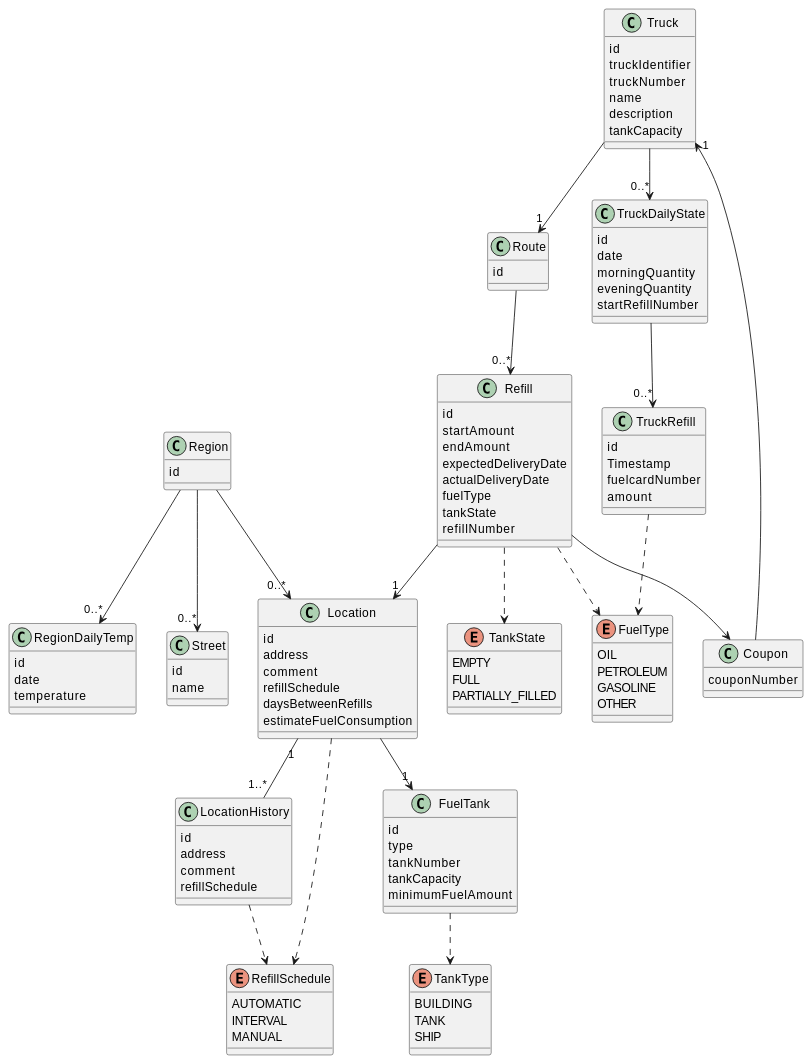
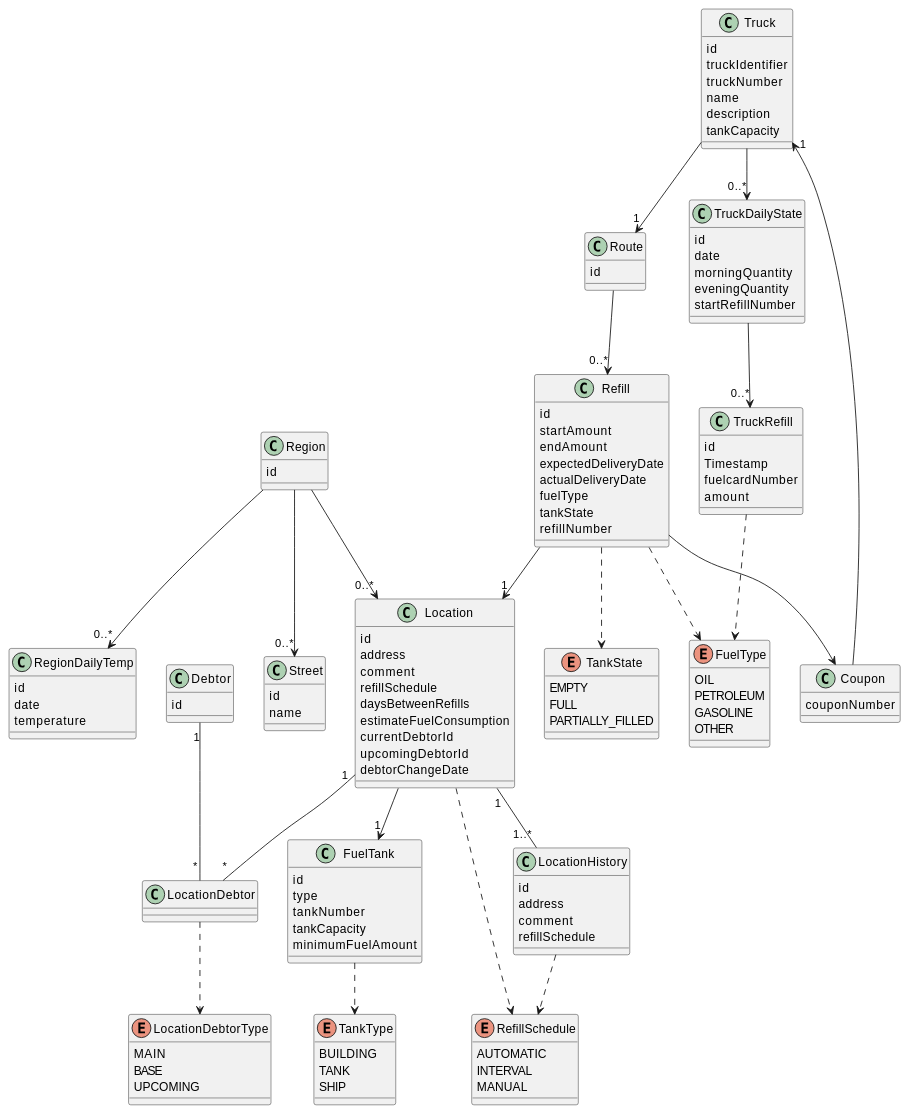
The diagram in docs/entity-datamodel.md (IT-Minds/client_comby_oilcontrols), drawn with PlantUML before and after one commit. The commit also changed 17 other files, not shown here.

````diff
--- a/docs/entity-datamodel.md
+++ b/docs/entity-datamodel.md
@@ -24,6 +24,9 @@
   refillSchedule
   daysBetweenRefills
   estimateFuelConsumption
+  currentDebtorId
+  upcomingDebtorId
+  debtorChangeDate
 }
 
 class LocationHistory {
@@ -82,6 +85,14 @@
   name
 }
 
+class Debtor {
+  id
+}
+
+class LocationDebtor {
+
+}
+
 enum FuelType {
   OIL
   PETROLEUM
@@ -111,6 +122,12 @@
   couponNumber
 }
 
+enum LocationDebtorType {
+  MAIN
+  BASE
+  UPCOMING
+}
+
 Truck --> "1" Route
 Route --> "0..*" Refill
 Refill --> "1" Location
@@ -125,11 +142,13 @@
 TruckDailyState --> "0..*" TruckRefill
 TruckRefill ..> FuelType
 Region --> "0..*" Street
-
+Debtor "1" -- "*" LocationDebtor
+Location "1" -- "*" LocationDebtor
 Location --> "1" FuelTank
 Location ..> RefillSchedule
 LocationHistory ..> RefillSchedule
 Location "1" -- "1..*" LocationHistory
+LocationDebtor ..> LocationDebtorType
 @enduml
 
 ```
````
